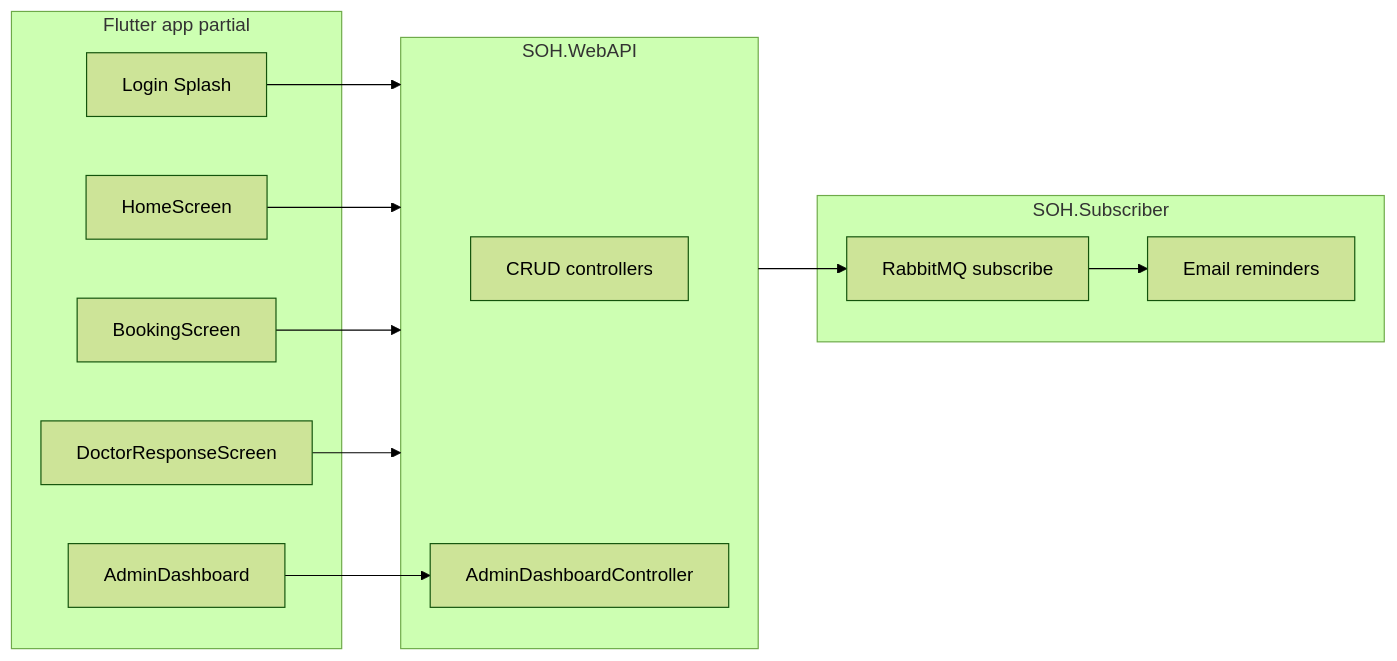
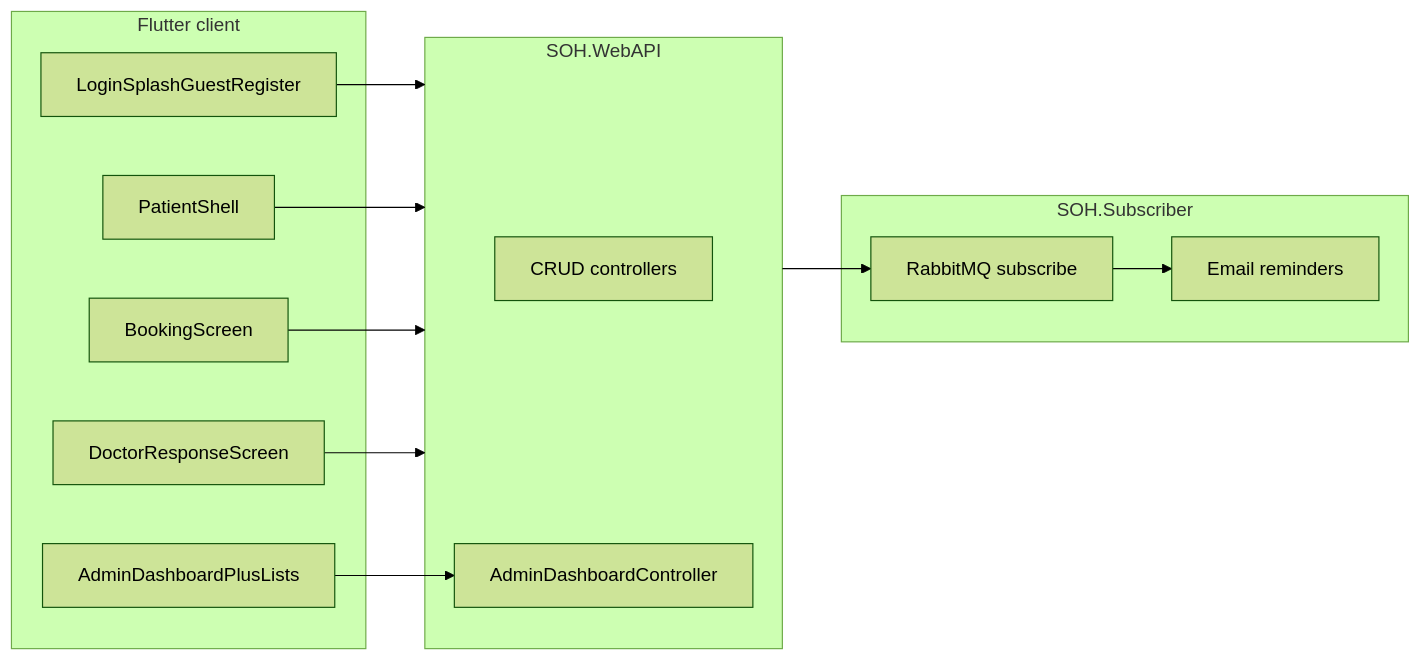
Before and after one commit to ekrit/stomatoloska-ordinacija-hercegovina: the diagram in docs/plan-seminar-vs-solution-gap.md, drawn with Mermaid (forest theme). The commit also changed other lines of this file, not shown here.

First line of the commit message:
docs: re-audit seminar vs solution after Flutter seminar branch

````diff
--- a/docs/plan-seminar-vs-solution-gap.md
+++ b/docs/plan-seminar-vs-solution-gap.md
@@ -51,25 +52,25 @@
 ```mermaid
 flowchart LR
-  subgraph client [Flutter app partial]
-    Login[Login Splash]
-    Home[HomeScreen]
+  subgraph client [Flutter client]
+    Login[LoginSplashGuestRegister]
+    Shell[PatientShell]
     Book[BookingScreen]
     Doc[DoctorResponseScreen]
-    Admin[AdminDashboard]
+    Admin[AdminDashboardPlusLists]
   end
   subgraph api [SOH.WebAPI]
     CRUD[CRUD controllers]
     Dash[AdminDashboardController]
   end
   subgraph async [SOH.Subscriber]
     MQ[RabbitMQ subscribe]
     Mail[Email reminders]
   end
   Login --> api
-  Home --> api
+  Shell --> api
   Book --> api
   Doc --> api
   Admin --> Dash
   api --> MQ
   MQ --> Mail
 ```
````
